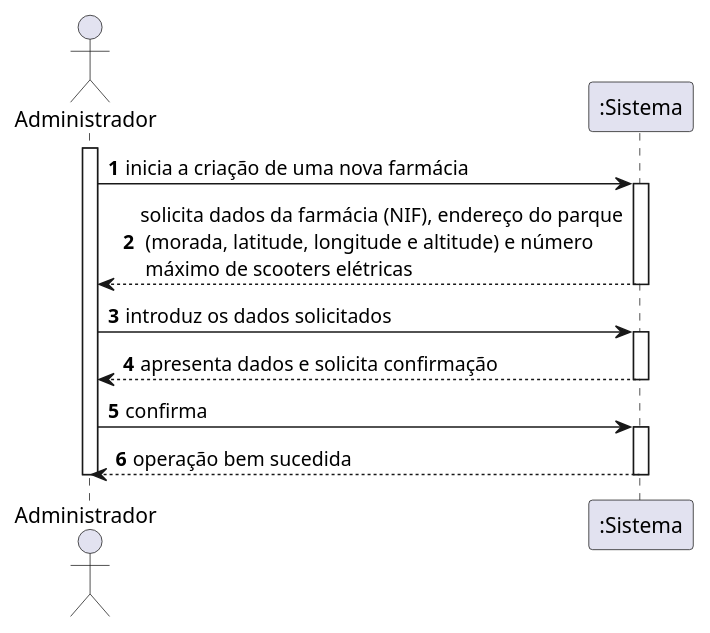
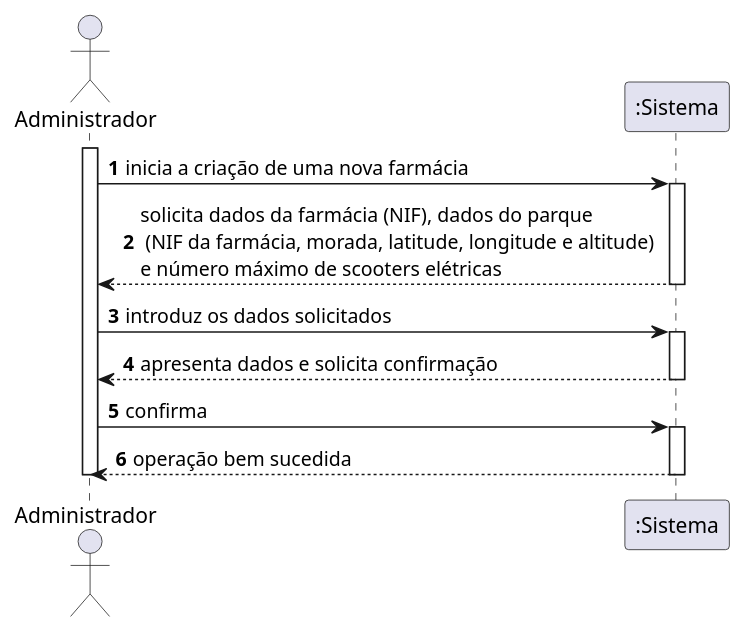
The diagram in docs/UC8/SSD-REGISTAR FARMACIA.puml (pedrolemos4/LAPR3), drawn with PlantUML before and after one commit. The commit also changed 3 other files, not shown here.

```diff
--- a/docs/UC8/SSD-REGISTAR FARMACIA.puml
+++ b/docs/UC8/SSD-REGISTAR FARMACIA.puml
@@ -1,22 +1,22 @@
 @startuml
 autonumber
 actor "Administrador" as ADM
 
 activate ADM
 ADM -> ":Sistema" : inicia a criação de uma nova farmácia
 activate ":Sistema"
-":Sistema" --> ADM : solicita dados da farmácia (NIF), endereço do parque\n (morada, latitude, longitude e altitude) e número\n máximo de scooters elétricas
+":Sistema" --> ADM : solicita dados da farmácia (NIF), dados do parque\n (NIF da farmácia, morada, latitude, longitude e altitude) \ne número máximo de scooters elétricas
 deactivate ":Sistema"
 
 ADM -> ":Sistema" : introduz os dados solicitados
 activate ":Sistema"
 ":Sistema" --> ADM : apresenta dados e solicita confirmação
 deactivate ":Sistema"
 
 ADM -> ":Sistema" : confirma
 activate ":Sistema"
 ":Sistema" --> ADM : operação bem sucedida
 deactivate ":Sistema"
 
 deactivate ADM
 @enduml
```
